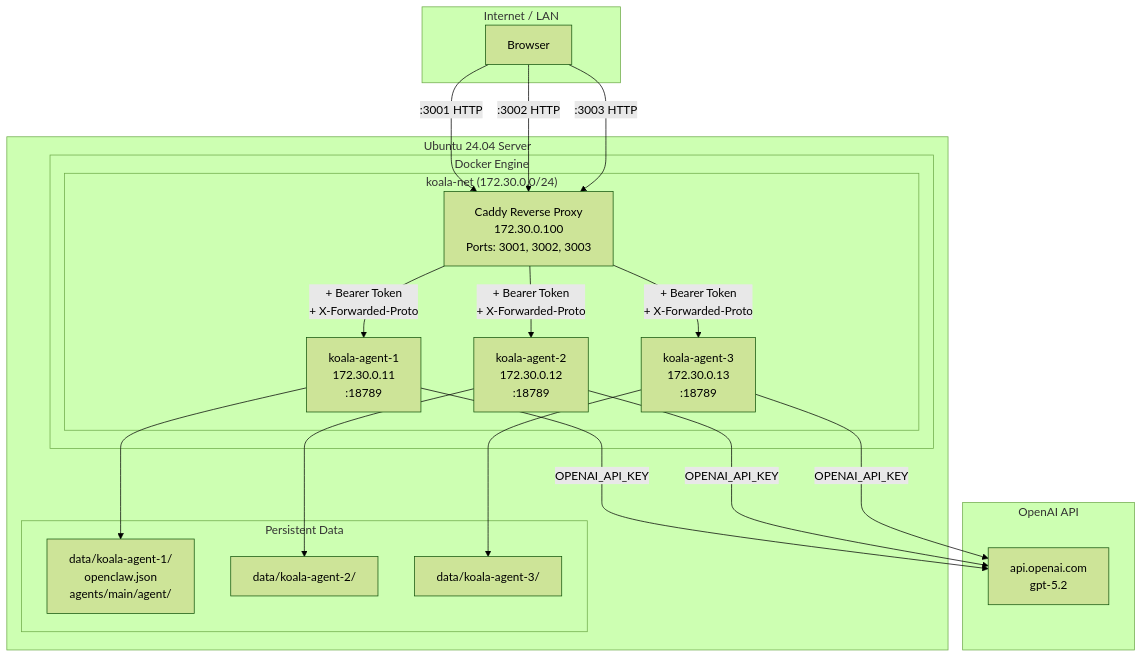
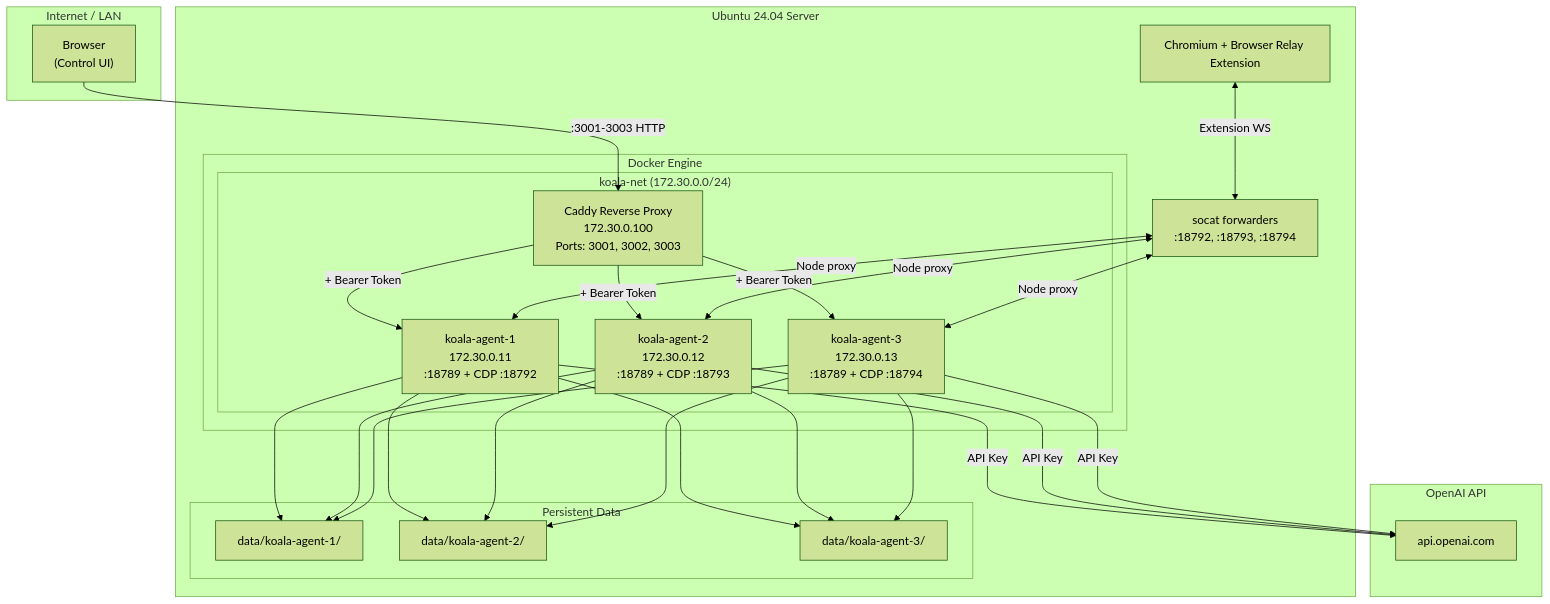
Before and after one commit to alicanti/koalaclaw: the first of 6 diagrams in INSTALLATION.md, drawn with Mermaid (forest theme). The commit also changed other lines of this file and 2 other files, not shown here.

First line of the commit message:
🌐 Add Browser Relay support (CDP proxy chain)

````diff
--- a/INSTALLATION.md
+++ b/INSTALLATION.md
@@ -9,44 +9,45 @@
 ```mermaid
 graph TB
     subgraph Internet["Internet / LAN"]
-        Browser["Browser"]
+        Browser["Browser<br/>(Control UI)"]
     end
 
     subgraph Server["Ubuntu 24.04 Server"]
+        Chromium["Chromium + Browser Relay Extension"]
+        Socat["socat forwarders<br/>:18792, :18793, :18794"]
+
         subgraph Docker["Docker Engine"]
             subgraph Network["koala-net (172.30.0.0/24)"]
                 Caddy["Caddy Reverse Proxy<br/>172.30.0.100<br/>Ports: 3001, 3002, 3003"]
 
-                Agent1["koala-agent-1<br/>172.30.0.11<br/>:18789"]
-                Agent2["koala-agent-2<br/>172.30.0.12<br/>:18789"]
-                Agent3["koala-agent-3<br/>172.30.0.13<br/>:18789"]
+                Agent1["koala-agent-1<br/>172.30.0.11<br/>:18789 + CDP :18792"]
+                Agent2["koala-agent-2<br/>172.30.0.12<br/>:18789 + CDP :18793"]
+                Agent3["koala-agent-3<br/>172.30.0.13<br/>:18789 + CDP :18794"]
             end
         end
 
         subgraph Volumes["Persistent Data"]
-            Data1["data/koala-agent-1/<br/>openclaw.json<br/>agents/main/agent/"]
+            Data1["data/koala-agent-1/"]
             Data2["data/koala-agent-2/"]
             Data3["data/koala-agent-3/"]
         end
     end
 
     subgraph OpenAI["OpenAI API"]
-        API["api.openai.com<br/>gpt-5.2"]
+        API["api.openai.com"]
     end
 
-    Browser -->|":3001 HTTP"| Caddy
-    Browser -->|":3002 HTTP"| Caddy
-    Browser -->|":3003 HTTP"| Caddy
+    Browser -->|":3001-3003 HTTP"| Caddy
 
-    Caddy -->|"+ Bearer Token<br/>+ X-Forwarded-Proto"| Agent1
-    Caddy -->|"+ Bearer Token<br/>+ X-Forwarded-Proto"| Agent2
-    Caddy -->|"+ Bearer Token<br/>+ X-Forwarded-Proto"| Agent3
+    Caddy -->|"+ Bearer Token"| Agent1
+    Caddy -->|"+ Bearer Token"| Agent2
+    Caddy -->|"+ Bearer Token"| Agent3
 
-    Agent1 --> Data1
-    Agent2 --> Data2
-    Agent3 --> Data3
+    Agent1 & Agent2 & Agent3 --> Data1 & Data2 & Data3
+    Agent1 & Agent2 & Agent3 -->|"API Key"| API
 
-    Agent1 -->|"OPENAI_API_KEY"| API
-    Agent2 -->|"OPENAI_API_KEY"| API
-    Agent3 -->|"OPENAI_API_KEY"| API
+    Chromium <-->|"Extension WS"| Socat
+    Socat <-->|"Node proxy"| Agent1
+    Socat <-->|"Node proxy"| Agent2
+    Socat <-->|"Node proxy"| Agent3
 ```
````
